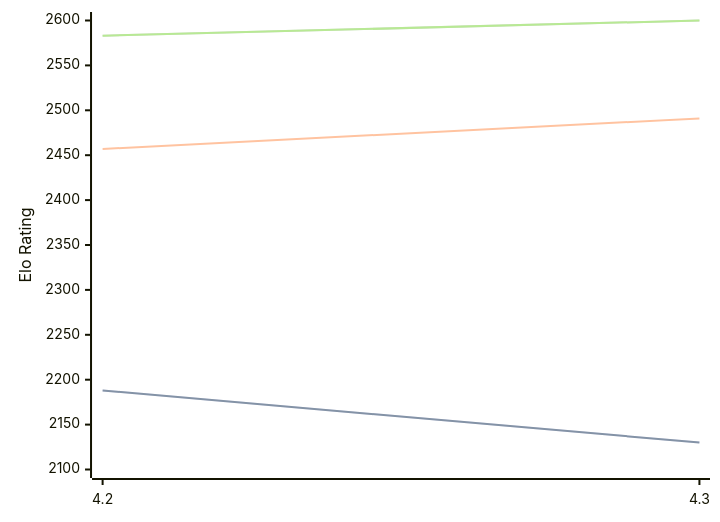
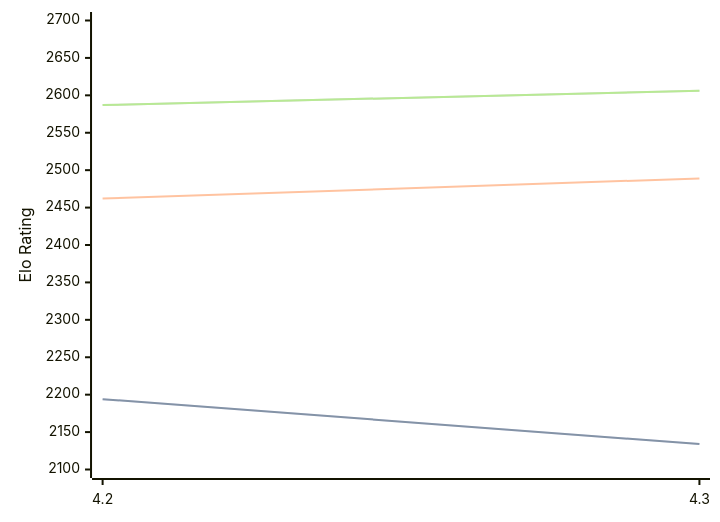
One commit to computer-chess-index/cci changed the diagram in engines/Eubos.md. Above: the diagram before and after it, drawn with Mermaid. The commit also changed other lines of this file, not shown here.

Commit message:
Update CCI Ratings (ELO VLTC) - 2026-04-14

````diff
--- a/engines/Eubos.md
+++ b/engines/Eubos.md
@@ -88,11 +88,11 @@
 ```mermaid
 %%{init: {"theme":"base","themeVariables":{"seriesColors:['#a3a3a3','#222221','#faa371']}}}%%
 xychart-beta
   x-axis ["4.2", "4.3"]
-  y-axis "Elo Rating" 2100 --> 2600
-  line "STC (8.0+0.08s)" [2188, 2130]
-  line "STC (8.0+0.08s)" [2188, 2130]
-  line "LTC (60.0+0.60s)" [2457, 2491]
-  line "VLTC (2m24s+1.12s)" [2583, 2600]
-  line "VLTC (2m24s+1.12s)" [2583, 2600]
+  y-axis "Elo Rating" 2100 --> 2700
+  line "STC (8.0+0.08s)" [2194, 2134]
+  line "STC (8.0+0.08s)" [2194, 2134]
+  line "LTC (60.0+0.60s)" [2462, 2489]
+  line "VLTC (2m24s+1.12s)" [2587, 2606]
+  line "VLTC (2m24s+1.12s)" [2587, 2606]
 ```
````
